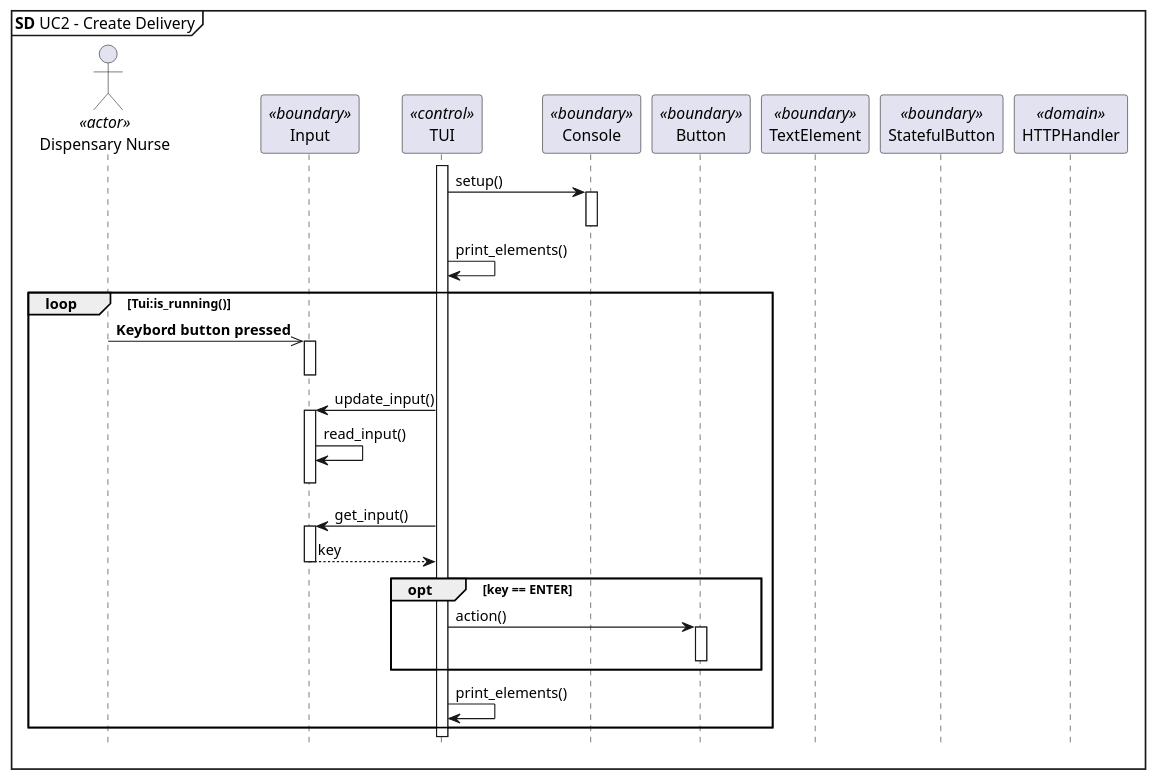
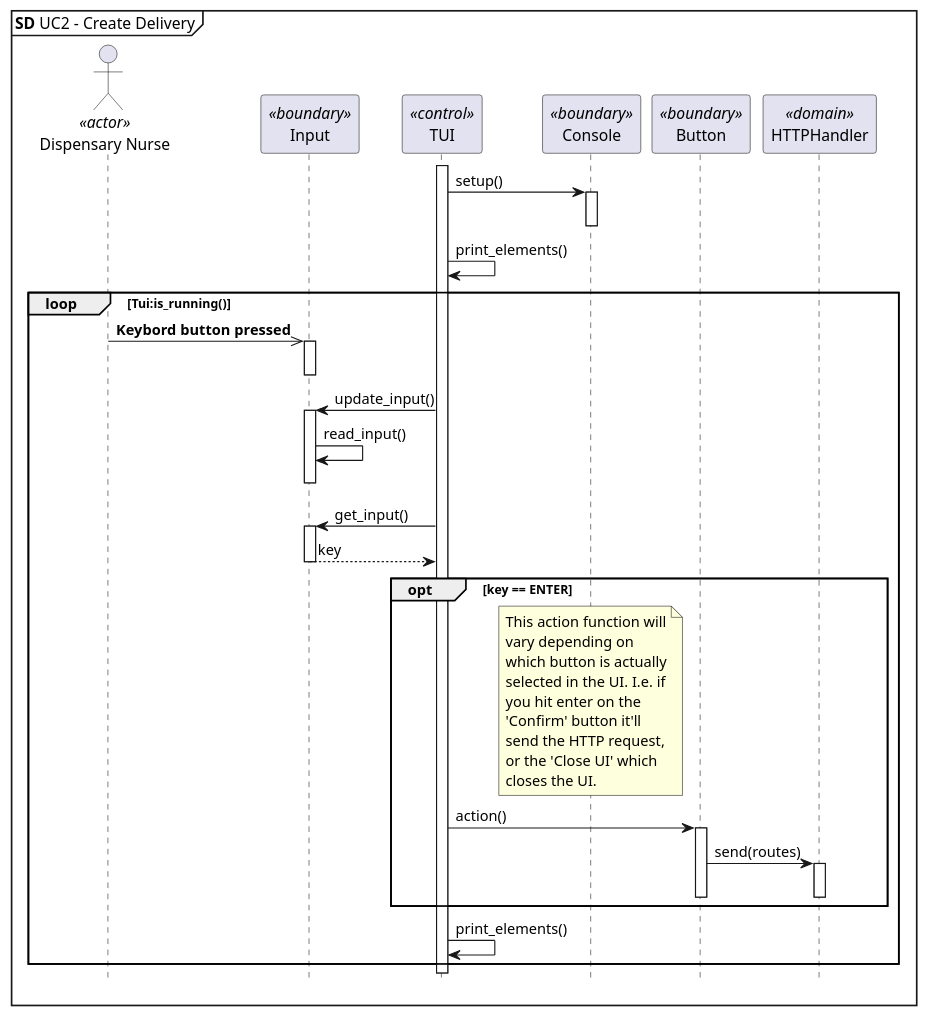
One commit to lineklemensen/PRJ3 changed the diagram in docs/diagrams/Plantuml/apModel/uc2sd-pc.puml. Above: the diagram before and after it, drawn with PlantUML.

Commit message:
Add notes to UC2 sd-pc

```diff
--- a/docs/diagrams/Plantuml/apModel/uc2sd-pc.puml
+++ b/docs/diagrams/Plantuml/apModel/uc2sd-pc.puml
@@ -1,52 +1,57 @@
 @startuml SD UC2 - Create Delivery
+
+<style>
+note {
+  MaximumWidth 150
+}
+</style>
 
 mainframe **SD** UC2 - Create Delivery
 hide footbox
 
 actor "Dispensary Nurse" as dn <<actor>>
 participant "Input" as in <<boundary>>
 participant "TUI" as tui <<control>>
 participant "Console" as cs <<boundary>>
 participant "Button" as b <<boundary>>
-participant "TextElement" as te <<boundary>>
-participant "StatefulButton" as sb <<boundary>>
-participant "HTTPHandler" as pc_http <<domain>>
+'participant "TextElement" as te <<boundary>>
+'participant "StatefulButton" as sb <<boundary>>
+participant "HTTPHandler" as http <<domain>>
 
 '1. TUI active/open TUI
 tui++ 
 
 '2. TUI displays message and list of rooms
 tui -> cs : setup()
 
 '3.
 cs++
 cs--
 
 '5.
 tui -> tui: print_elements()
 
 '6.
 loop Tui:is_running()
 dn ->> in++ : **Keybord button pressed**
 in--
 tui -> in++ : update_input()
 in -> in : read_input()
+'extra hidden arrow for plantuml aligment
 in -[hidden]-> in
 in--
 tui -> in++ : get_input()
 in --> tui : key
 in--
 opt key == ENTER
+note over cs : This action function will vary depending on which button is actually selected in the UI. I.e. if you hit enter on the 'Confirm' button it'll send the HTTP request, or the 'Close UI' which closes the UI.
 tui -> b++ : action()
+b -> http++ : send(routes)
+http--
 b--
 
 end
 tui -> tui : print_elements()
 end 
 
-
-
-
-
-
 @enduml
```
